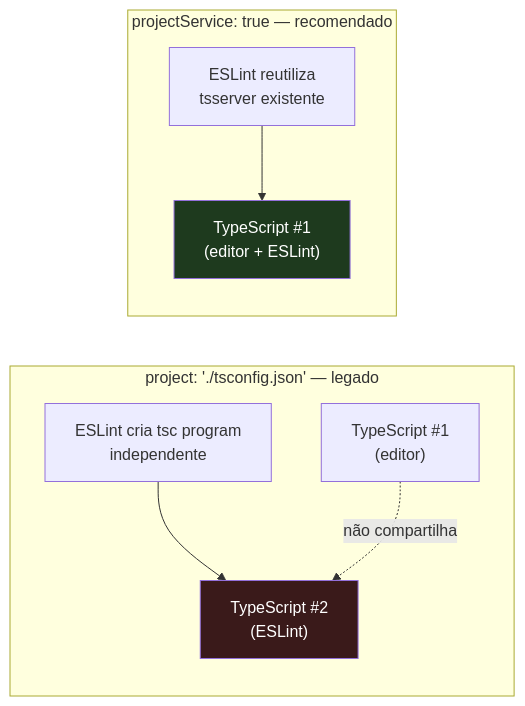
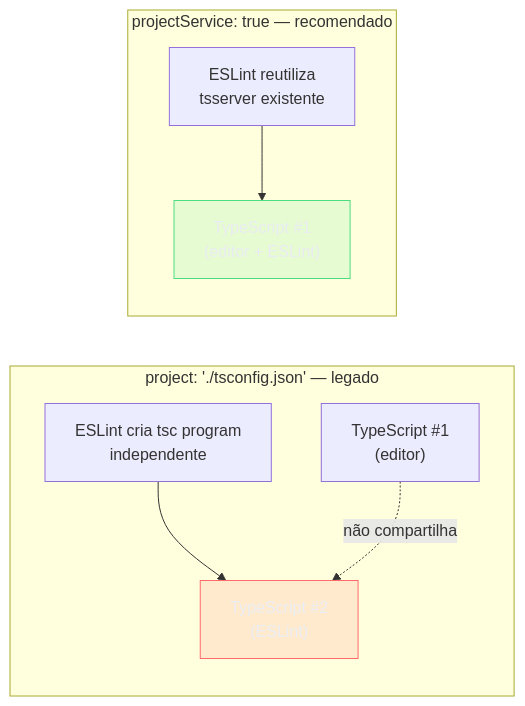
The fourth of 8 diagrams in 03-Dominios/Tecnologia/Tooling e Build/16 - Linting, formatting e git hooks.md (josenaldo/codex-technomanticus), drawn with Mermaid before and after one commit. The commit also changed other lines of this file and 1181 other files, not shown here.

First line of the commit message:
fix(diagramas): paleta do sistema no lugar de cor cravada no markdown

````diff
--- a/03-Dominios/Tecnologia/Tooling e Build/16 - Linting, formatting e git hooks.md
+++ b/03-Dominios/Tecnologia/Tooling e Build/16 - Linting, formatting e git hooks.md
@@ -322,18 +325,20 @@
 ```mermaid
 flowchart LR
+    classDef falha fill:#FF6B6B24,stroke:#FF6B6B,color:#E9ECF2
+    classDef ok fill:#4ADE8021,stroke:#4ADE80,color:#E9ECF2
     subgraph "project: './tsconfig.json' — legado"
         E1["ESLint cria tsc program\nindependente"]
         T1["TypeScript #1\n(editor)"]
         T2["TypeScript #2\n(ESLint)"]
     end
     subgraph "projectService: true — recomendado"
         E2["ESLint reutiliza\ntsserver existente"]
         T3["TypeScript #1\n(editor + ESLint)"]
     end
     E1 --> T2
     T1 -.->|"não compartilha"| T2
     E2 --> T3
 
-    style T2 fill:#3a1a1a,color:#fff
-    style T3 fill:#1e3a1e,color:#fff
+    class T2 falha
+    class T3 ok
 ```
````
